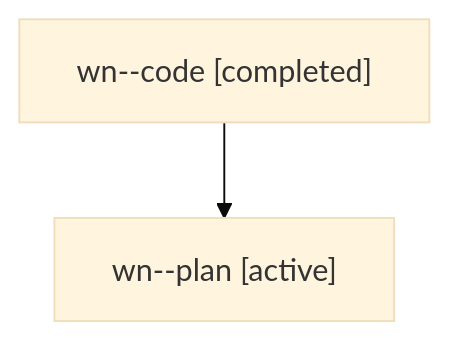
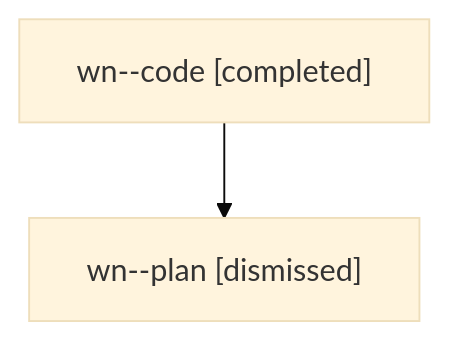
One commit to sase-org/sase--agents changed the diagram in sessions/bbugyi200.athena.wn.md. Above: the diagram before and after it, drawn with Mermaid (base theme). The commit also changed other lines of this file and 12 other files, not shown here.

````diff
--- a/sessions/bbugyi200.athena.wn.md
+++ b/sessions/bbugyi200.athena.wn.md
@@ -9,6 +9,6 @@
 ```mermaid
 flowchart TD
   n0["wn--code [completed]"]
-  n1["wn--plan [active]"]
+  n1["wn--plan [dismissed]"]
   n0 --> n1
 ```
````
